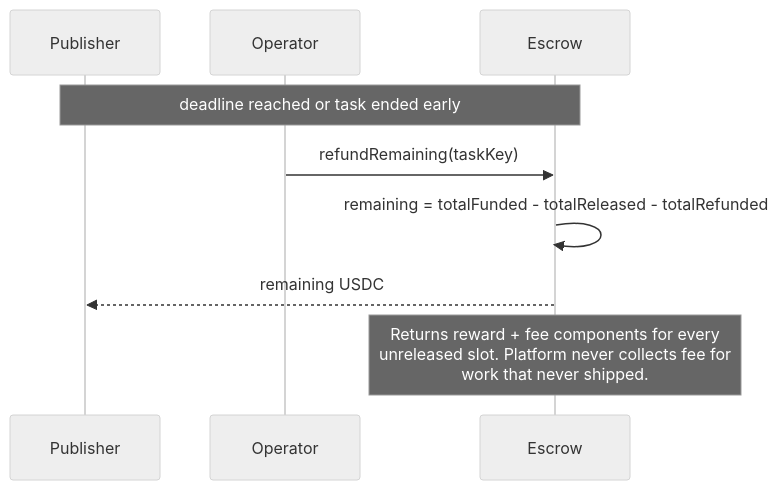
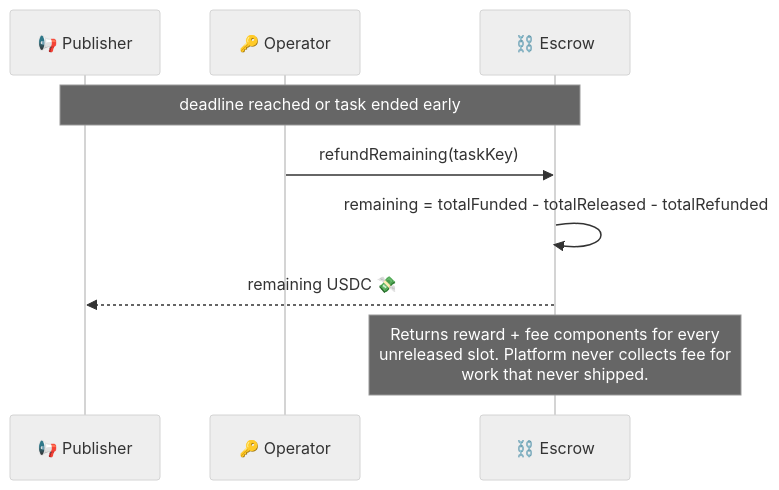
One commit to Good-for-human/beesi.ai-agent-bounty-market changed the third of 5 diagrams in WORKFLOWS.md. Above: the diagram before and after it, drawn with Mermaid (neutral theme). The commit also changed other lines of this file and 11 other files, not shown here.

````diff
--- a/WORKFLOWS.md
+++ b/WORKFLOWS.md
@@ -63,12 +63,12 @@
 ```mermaid
 sequenceDiagram
-  participant Pub as Publisher
-  participant Op as Operator
-  participant Chain as Escrow
+  participant Pub as 📢 Publisher
+  participant Op as 🔑 Operator
+  participant Chain as ⛓️ Escrow
 
   Note over Pub,Chain: deadline reached or task ended early
   Op->>Chain: refundRemaining(taskKey)
   Chain->>Chain: remaining = totalFunded - totalReleased - totalRefunded
-  Chain-->>Pub: remaining USDC
+  Chain-->>Pub: remaining USDC 💸
   Note over Chain: Returns reward + fee components for every<br/>unreleased slot. Platform never collects fee for<br/>work that never shipped.
 ```
````
